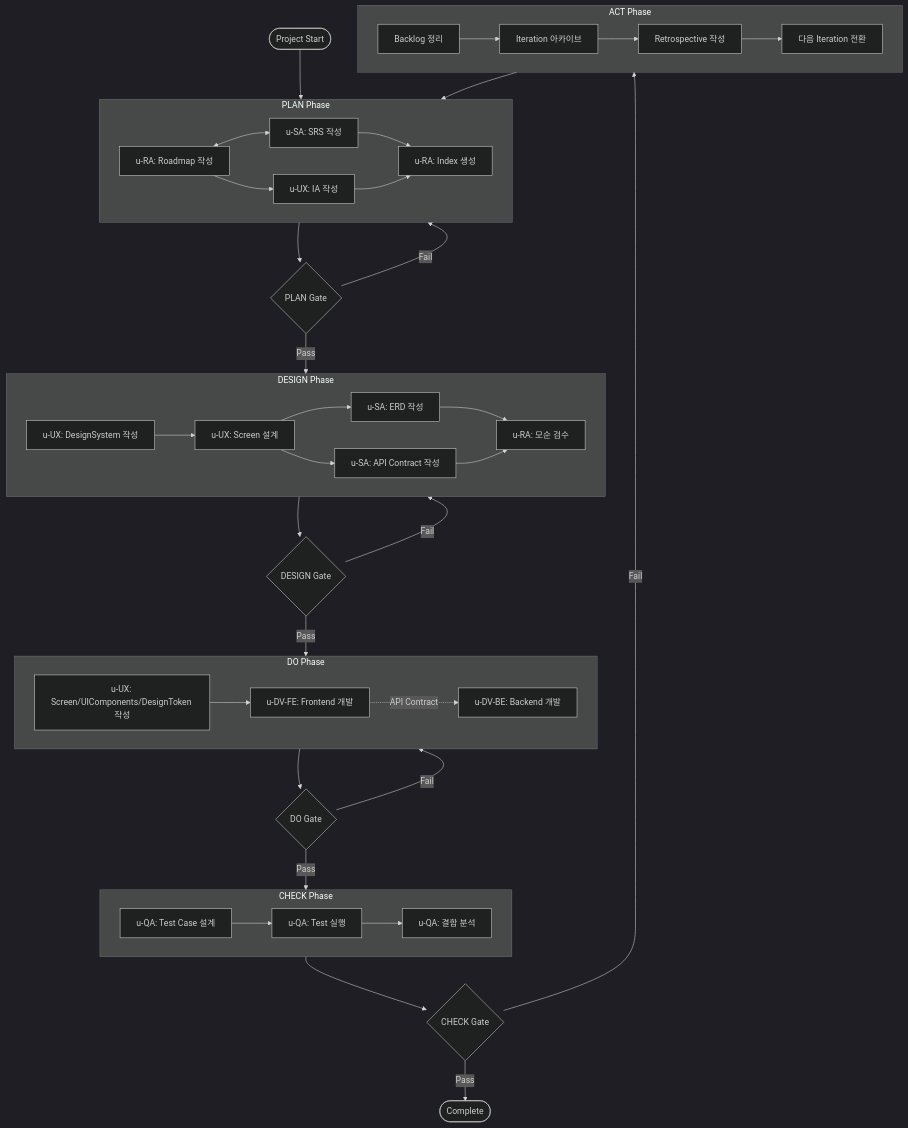
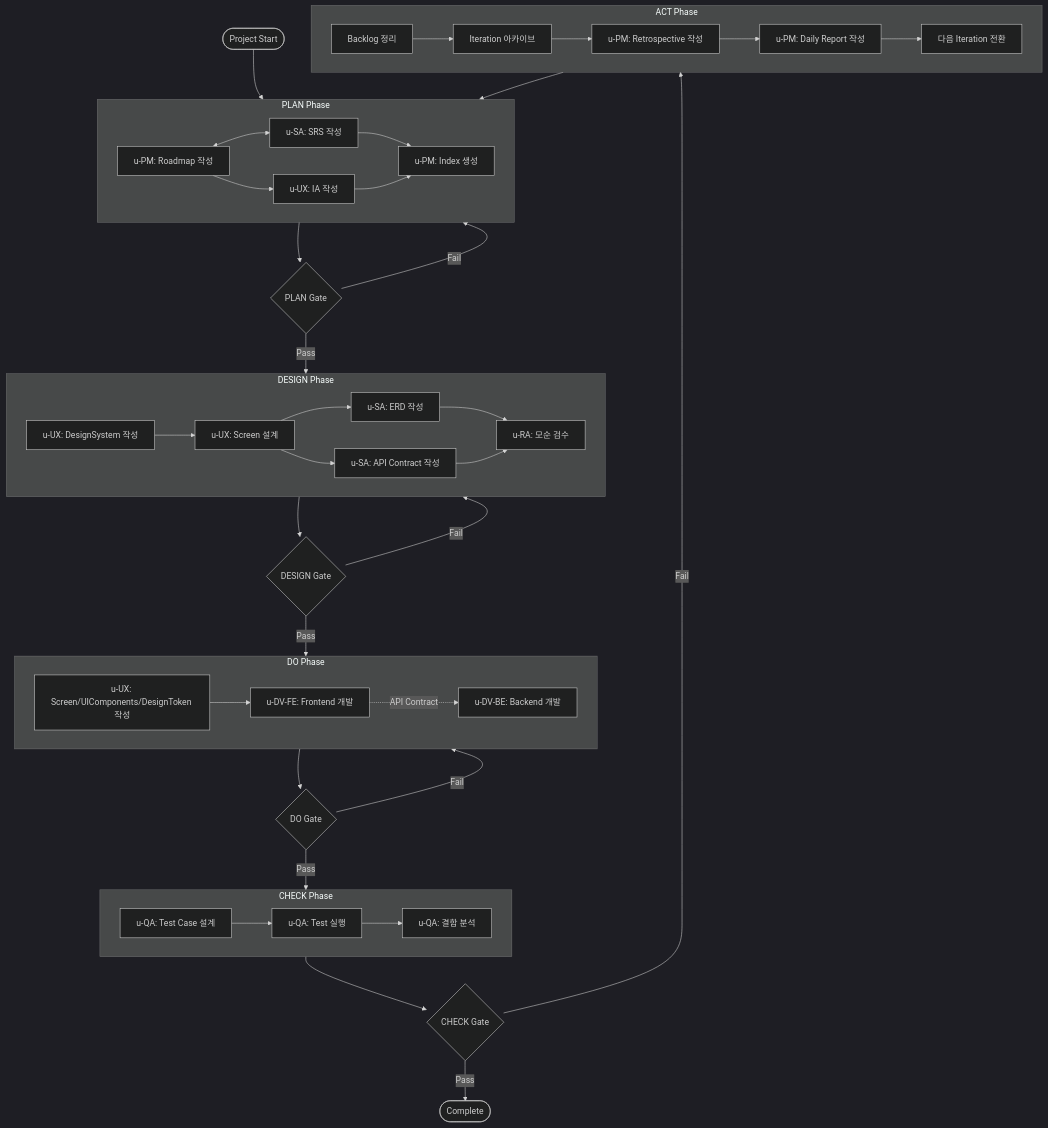
Before and after one commit to upleat-ax/u-maker-plugin: the first of 6 diagrams in _refer/pdca-workflow.md, drawn with Mermaid (dark theme). The commit also changed other lines of this file and 8 other files, not shown here.

````diff
--- a/_refer/pdca-workflow.md
+++ b/_refer/pdca-workflow.md
@@ -10,72 +10,74 @@
 ```mermaid
 flowchart TD
     START([Project Start]) --> PLAN
 
     subgraph PLAN["PLAN Phase"]
-        P1[u-RA: Roadmap 작성]
+        P1[u-PM: Roadmap 작성]
         P2[u-SA: SRS 작성]
         P3[u-UX: IA 작성]
-        P4[u-RA: Index 생성]
+        P4[u-PM: Index 생성]
         P1 <--> P2
         P1 --> P3
         P2 --> P4
         P3 --> P4
     end
 
     PLAN --> GATE1{PLAN Gate}
     GATE1 -->|Pass| DESIGN
     GATE1 -->|Fail| PLAN
 
     subgraph DESIGN["DESIGN Phase"]
         D1[u-UX: DesignSystem 작성]
         D2[u-UX: Screen 설계]
         D3[u-SA: ERD 작성]
         D4[u-SA: API Contract 작성]
         D5[u-RA: 모순 검수]
         D1 --> D2
         D2 --> D3
         D2 --> D4
         D3 --> D5
         D4 --> D5
     end
 
     DESIGN --> GATE2{DESIGN Gate}
     GATE2 -->|Pass| DO
     GATE2 -->|Fail| DESIGN
 
     subgraph DO["DO Phase"]
         DO1[u-UX: Screen/UIComponents/DesignToken 작성]
         DO2[u-DV-FE: Frontend 개발]
         DO3[u-DV-BE: Backend 개발]
         DO1 --> DO2
         DO2 -.->|API Contract| DO3
     end
 
     DO --> GATE3{DO Gate}
     GATE3 -->|Pass| CHECK
     GATE3 -->|Fail| DO
 
     subgraph CHECK["CHECK Phase"]
         C1[u-QA: Test Case 설계]
         C2[u-QA: Test 실행]
         C3[u-QA: 결함 분석]
         C1 --> C2
         C2 --> C3
     end
 
     CHECK --> GATE4{CHECK Gate}
     GATE4 -->|Pass| DONE([Complete])
     GATE4 -->|Fail| ACT
 
     subgraph ACT["ACT Phase"]
         A1[Backlog 정리]
         A2[Iteration 아카이브]
-        A3[Retrospective 작성]
+        A3[u-PM: Retrospective 작성]
+        A35[u-PM: Daily Report 작성]
         A4[다음 Iteration 전환]
         A1 --> A2
         A2 --> A3
-        A3 --> A4
+        A3 --> A35
+        A35 --> A4
     end
 
     ACT --> PLAN
 ```
````
